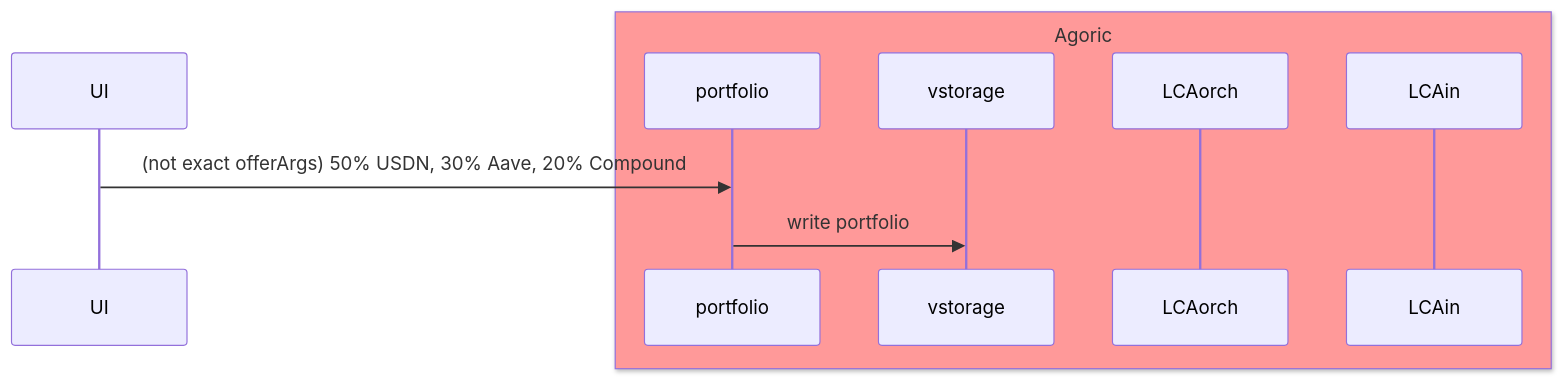
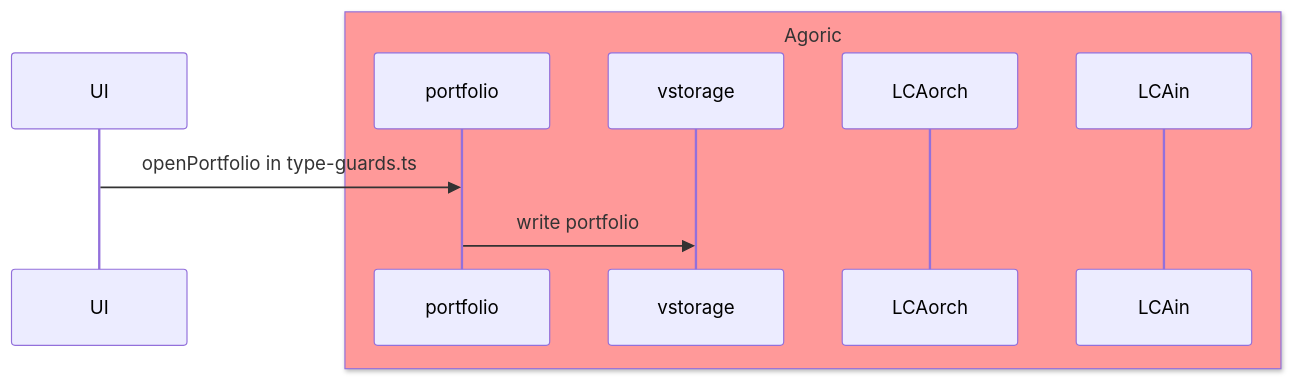
The second of 6 diagrams in packages/portfolio-contract/DESIGN-BETA.md (Agoric/agoric-sdk), drawn with Mermaid before and after one commit. The commit also changed other lines of this file, not shown here.

Commit message:
docs(portfolio-contract): reference type-guards for contract interactions

````diff
--- a/packages/portfolio-contract/DESIGN-BETA.md
+++ b/packages/portfolio-contract/DESIGN-BETA.md
@@ -36,13 +36,13 @@
 ```mermaid
 sequenceDiagram
-  UI ->> portfolio: (not exact offerArgs) 50% USDN, 30% Aave, 20% Compound
+  UI ->> portfolio: openPortfolio in type-guards.ts
 
   box rgb(255,153,153) Agoric
     participant portfolio
     participant vstorage
     participant LCAorch
     participant LCAin
   end
 
   portfolio ->> vstorage: write portfolio
 ```
````
